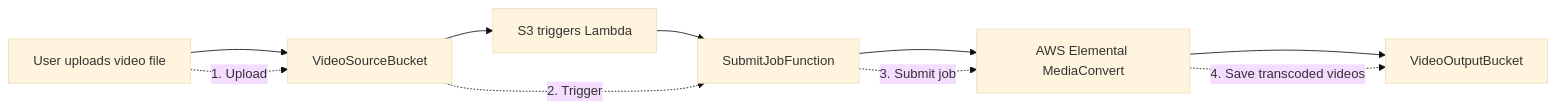
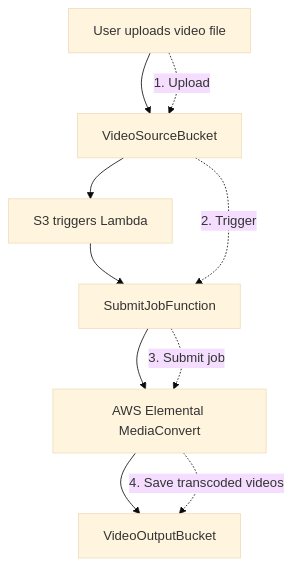
Before and after one commit to chadkluck/serverless-video-converter: the diagram in README.md, drawn with Mermaid (base theme).

Commit message:
updated workflow diagram in readme

````diff
--- a/README.md
+++ b/README.md
@@ -28,13 +28,13 @@
 ```mermaid
-flowchart LR
+flowchart TD
     A[User uploads video file] --> B[VideoSourceBucket]
     B --> C[S3 triggers Lambda]
     C --> D[SubmitJobFunction]
     D --> E[AWS Elemental MediaConvert]
     E --> F[VideoOutputBucket]
     
     A -.->|"1. Upload"| B
     B -.->|"2. Trigger"| D
     D -.->|"3. Submit job"| E
     E -.->|"4. Save transcoded videos"| F
 ```
````
